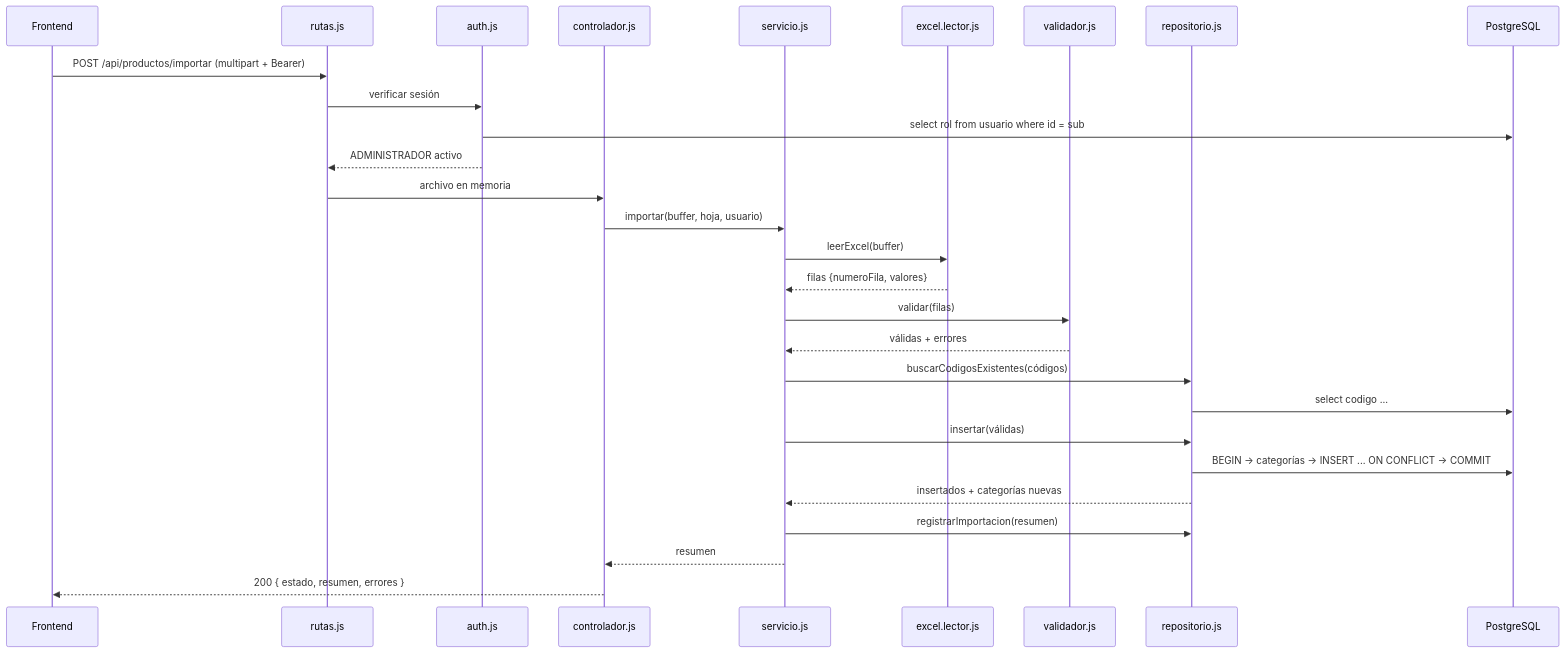
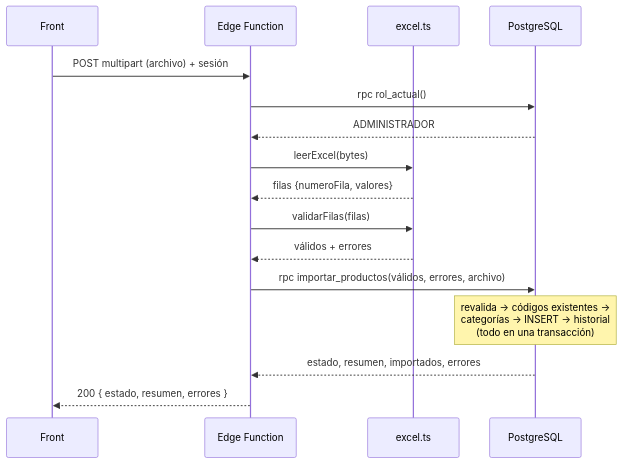
One commit to FishingSolutions/gestor-stock-server changed the second of 2 diagrams in docs/importar-productos/README.md. Above: the diagram before and after it, drawn with Mermaid. The commit also changed other lines of this file and 42 other files, not shown here.

First line of the commit message:
feat(importacion): importar productos desde Excel en Supabase

````diff
--- a/docs/importar-productos/README.md
+++ b/docs/importar-productos/README.md
@@ -322,31 +223,19 @@
 ```mermaid
 sequenceDiagram
-    participant U as Frontend
-    participant R as rutas.js
-    participant A as auth.js
-    participant C as controlador.js
-    participant S as servicio.js
-    participant L as excel.lector.js
-    participant V as validador.js
-    participant P as repositorio.js
+    participant U as Front
+    participant F as Edge Function
+    participant X as excel.ts
     participant DB as PostgreSQL
 
-    U->>R: POST /api/productos/importar (multipart + Bearer)
-    R->>A: verificar sesión
-    A->>DB: select rol from usuario where id = sub
-    A-->>R: ADMINISTRADOR activo
-    R->>C: archivo en memoria
-    C->>S: importar(buffer, hoja, usuario)
-    S->>L: leerExcel(buffer)
-    L-->>S: filas {numeroFila, valores}
-    S->>V: validar(filas)
-    V-->>S: válidas + errores
-    S->>P: buscarCodigosExistentes(códigos)
-    P->>DB: select codigo ...
-    S->>P: insertar(válidas)
-    P->>DB: BEGIN → categorías → INSERT ... ON CONFLICT → COMMIT
-    P-->>S: insertados + categorías nuevas
-    S->>P: registrarImportacion(resumen)
-    S-->>C: resumen
-    C-->>U: 200 { estado, resumen, errores }
+    U->>F: POST multipart (archivo) + sesión
+    F->>DB: rpc rol_actual()
+    DB-->>F: ADMINISTRADOR
+    F->>X: leerExcel(bytes)
+    X-->>F: filas {numeroFila, valores}
+    F->>X: validarFilas(filas)
+    X-->>F: válidos + errores
+    F->>DB: rpc importar_productos(válidos, errores, archivo)
+    Note over DB: revalida → códigos existentes →<br/>categorías → INSERT → historial<br/>(todo en una transacción)
+    DB-->>F: estado, resumen, importados, errores
+    F-->>U: 200 { estado, resumen, errores }
 ```
````
